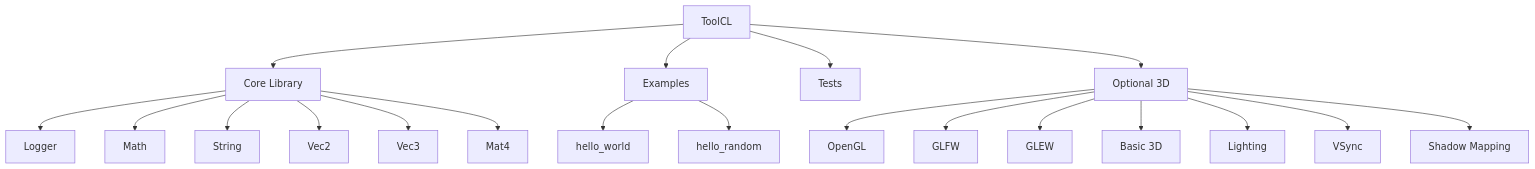
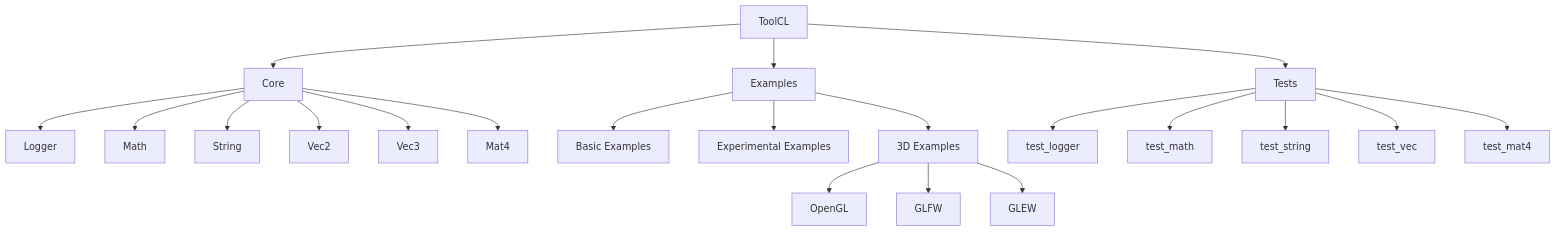
One commit to ToolGits/ToolCL changed the diagram in README.md. Above: the diagram before and after it, drawn with Mermaid. The commit also changed other lines of this file, not shown here.

````diff
--- a/README.md
+++ b/README.md
@@ -167,26 +114,27 @@
 ```mermaid
-flowchart TD
-    A[ToolCL] --> B[Core Library]
+graph TD
+    A[ToolCL] --> B[Core]
     A --> C[Examples]
     A --> D[Tests]
-    A --> E[Optional 3D]
 
     B --> B1[Logger]
     B --> B2[Math]
     B --> B3[String]
     B --> B4[Vec2]
     B --> B5[Vec3]
     B --> B6[Mat4]
 
-    C --> C1[hello_world]
-    C --> C2[hello_random]
+    C --> C1[Basic Examples]
+    C --> C2[Experimental Examples]
+    C --> C3[3D Examples]
 
-    E --> E1[OpenGL]
-    E --> E2[GLFW]
-    E --> E3[GLEW]
+    C3 --> G1[OpenGL]
+    C3 --> G2[GLFW]
+    C3 --> G3[GLEW]
 
-    E --> E4[Basic 3D]
-    E --> E5[Lighting]
-    E --> E6[VSync]
-    E --> E7[Shadow Mapping]
+    D --> D1[test_logger]
+    D --> D2[test_math]
+    D --> D3[test_string]
+    D --> D4[test_vec]
+    D --> D5[test_mat4]
 ```
````
